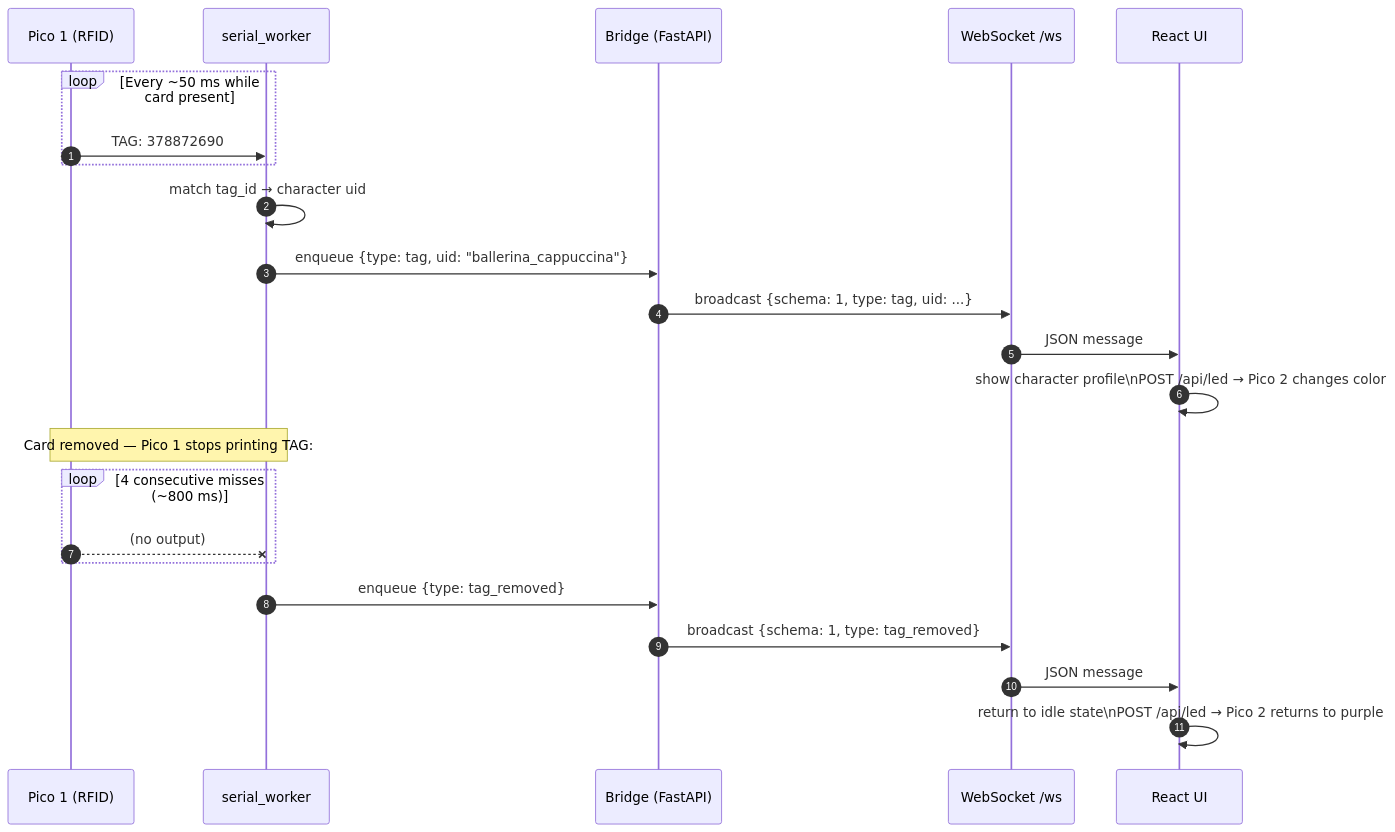
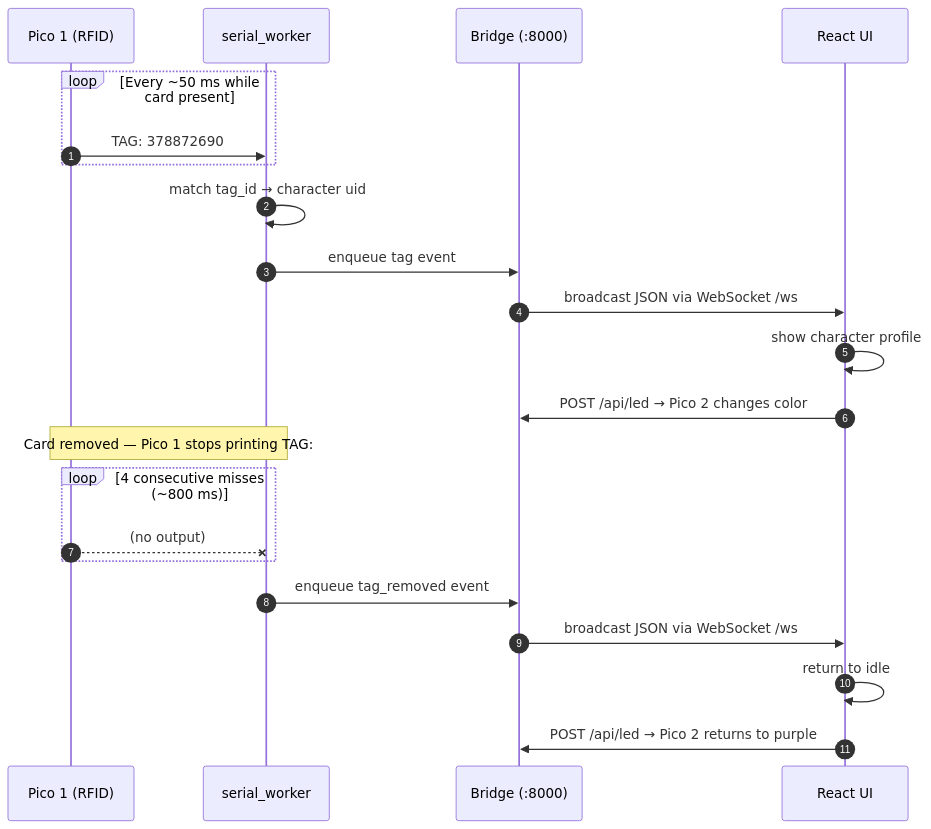
One commit to sachitsahoo/NU-Cornerstone-TF5-Project changed the third of 4 diagrams in README.md. Above: the diagram before and after it, drawn with Mermaid.

Commit message:
size fixes readme

````diff
--- a/README.md
+++ b/README.md
@@ -73,30 +73,30 @@
 ```mermaid
+%%{init: {'themeVariables': {'fontSize': '16px'}}}%%
 sequenceDiagram
     autonumber
     participant P1 as Pico 1 (RFID)
     participant SW as serial_worker
-    participant BR as Bridge (FastAPI)
-    participant WS as WebSocket /ws
+    participant BR as Bridge (:8000)
     participant UI as React UI
 
     loop Every ~50 ms while card present
         P1->>SW: TAG: 378872690
     end
 
     SW->>SW: match tag_id → character uid
-    SW->>BR: enqueue {type: tag, uid: "ballerina_cappuccina"}
-    BR->>WS: broadcast {schema: 1, type: tag, uid: ...}
-    WS->>UI: JSON message
-    UI->>UI: show character profile\nPOST /api/led → Pico 2 changes color
+    SW->>BR: enqueue tag event
+    BR->>UI: broadcast JSON via WebSocket /ws
+    UI->>UI: show character profile
+    UI->>BR: POST /api/led → Pico 2 changes color
 
     note over P1,SW: Card removed — Pico 1 stops printing TAG:
 
     loop 4 consecutive misses (~800 ms)
         P1--xSW: (no output)
     end
 
-    SW->>BR: enqueue {type: tag_removed}
-    BR->>WS: broadcast {schema: 1, type: tag_removed}
-    WS->>UI: JSON message
-    UI->>UI: return to idle state\nPOST /api/led → Pico 2 returns to purple
+    SW->>BR: enqueue tag_removed event
+    BR->>UI: broadcast JSON via WebSocket /ws
+    UI->>UI: return to idle
+    UI->>BR: POST /api/led → Pico 2 returns to purple
 ```
````
